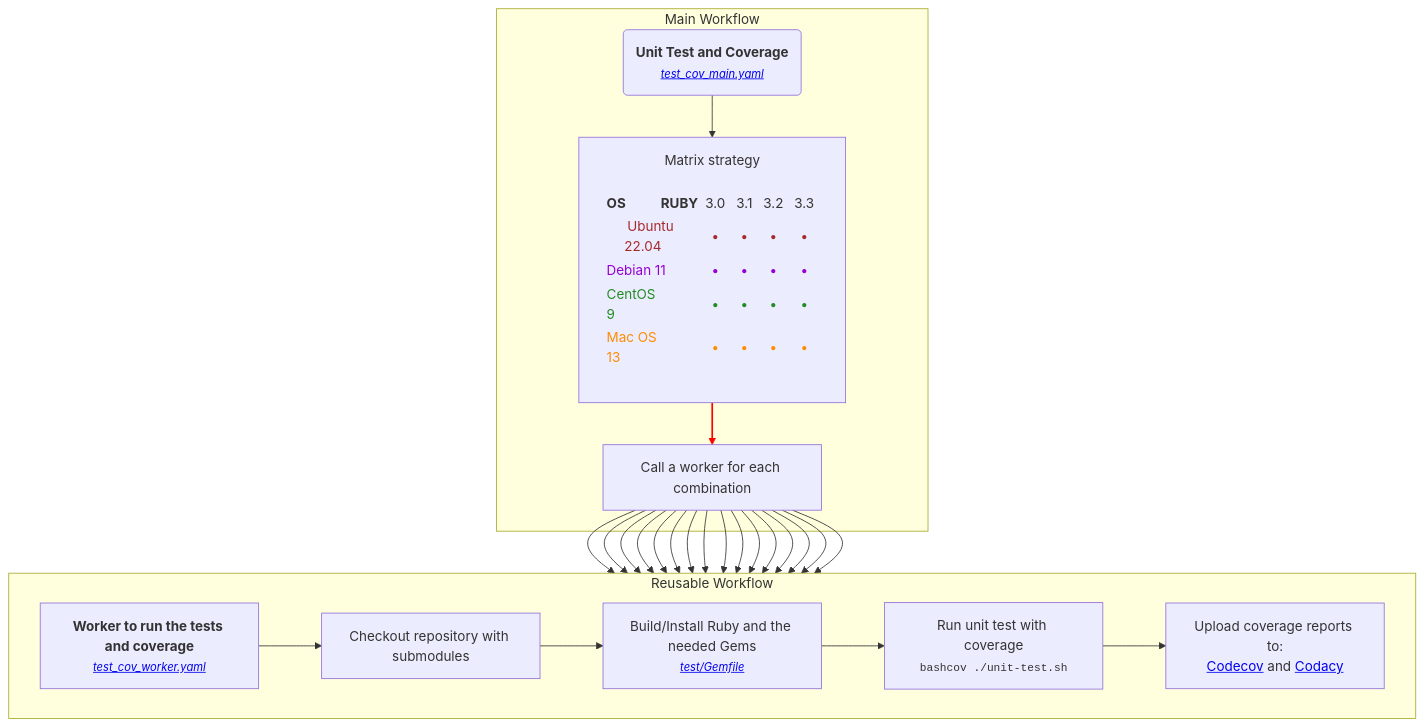
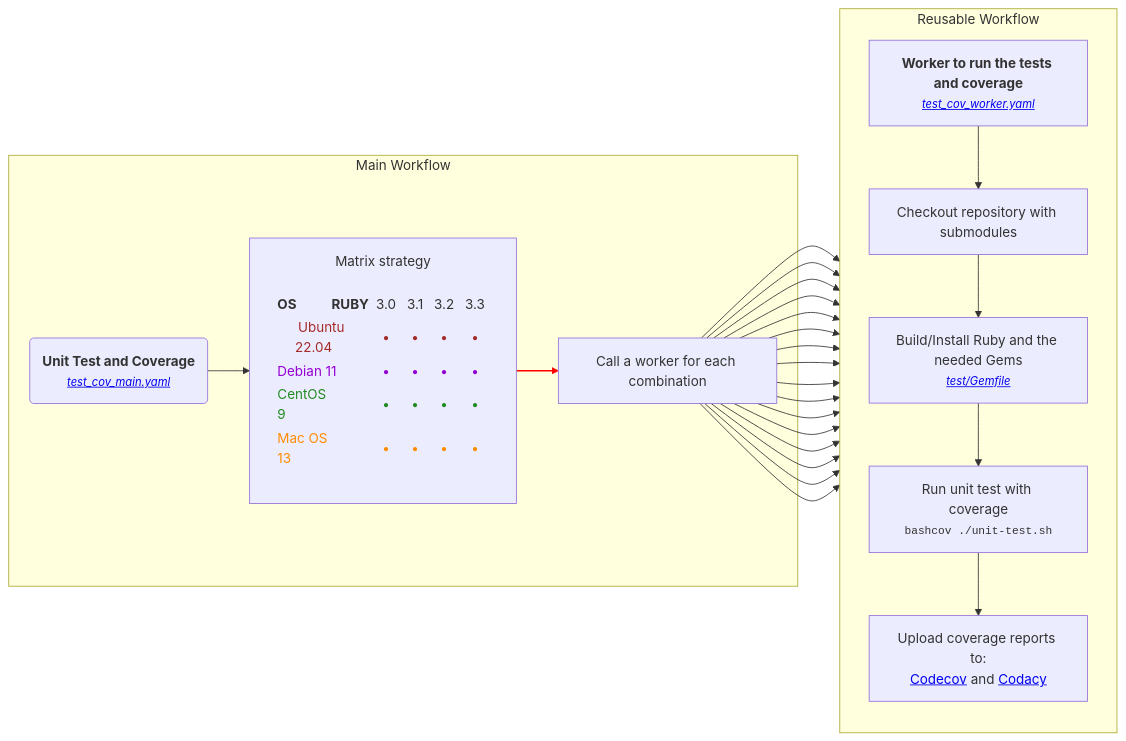
One commit to jmrplens/Cloudflare-DNS-Updater changed the diagram in README.md. Above: the diagram before and after it, drawn with Mermaid.

````diff
--- a/README.md
+++ b/README.md
@@ -354,45 +354,45 @@
 ```mermaid
 %%{
   init: {
     "fontFamily": "monospace",
     "flowchart": {
       "htmlLabels": true
     },
     "sequence": {}
   }
 }%%
 
-flowchart TD
+flowchart LR
 subgraph WC[Main Workflow]
     A(<b>Unit Test and Coverage</b>\n <i><small><a href='https://github.com/jmrplens/DynDNS_Cloudflare_IPv4-6/blob/main/.github/workflows/test_cov_main.yaml'>test_cov_main.yaml</a></small></i>)
     A --> B[Matrix strategy\n\n<table><tr><td align='left'><b>OS&nbsp&nbsp&nbsp&nbsp&nbsp&nbsp&nbsp&nbsp&nbsp&nbsp&nbspRUBY</b></td><td>&nbsp3.0&nbsp</td><td style='background-color:'>&nbsp3.1&nbsp</td><td>&nbsp3.2&nbsp</td><td>&nbsp3.3&nbsp</td></tr><tr style='color:brown'><td>Ubuntu 22.04&nbsp&nbsp&nbsp&nbsp&nbsp</td><td>&#x2022</td><td>&#x2022</td><td>&#x2022</td><td>&#x2022</td></tr><tr style='color:darkviolet'><td align='left'>Debian 11&nbsp&nbsp&nbsp&nbsp&nbsp&nbsp&nbsp&nbsp</td><td>&#x2022</td><td>&#x2022</td><td>&#x2022</td><td>&#x2022</td></tr><tr style='color:forestgreen'><td align='left'>CentOS 9&nbsp&nbsp&nbsp&nbsp&nbsp&nbsp&nbsp&nbsp&nbsp</td><td>&#x2022</td><td>&#x2022</td><td>&#x2022</td><td>&#x2022</td></tr><tr style='color:darkorange'><td align='left'>Mac OS 13&nbsp&nbsp&nbsp&nbsp&nbsp&nbsp&nbsp&nbsp</td><td>&#x2022</td><td>&#x2022</td><td>&#x2022</td><td>&#x2022</td></tr></table>\n]
     B ==>C[Call a worker for each combination]
     linkStyle 1 stroke-width:2px,stroke:red;
 
 end
 
 C -->WU
 C -->WU
 C -->WU
 C -->WU
 C -->WU
 C -->WU
 C -->WU
 C -->WU
 C -->WU
 C -->WU
 C -->WU
 C -->WU
 C -->WU
 C -->WU
 C -->WU
 C -->WU
 
 subgraph WU[Reusable Workflow]
     D[<b>Worker to run the tests and coverage</b>\n<i><small><a href='https://github.com/jmrplens/DynDNS_Cloudflare_IPv4-6/blob/main/.github/workflows/test_cov_worker.yaml'>test_cov_worker.yaml</a></small></i>]
     D --> E[Checkout repository with submodules]
     E --> F[Build/Install Ruby and the needed Gems\n<i><small><a href='https://github.com/jmrplens/DynDNS_Cloudflare_IPv4-6/blob/main/test/Gemfile'>test/Gemfile</a></small></i>]
     F --> G[Run unit test with coverage\n<small><code>bashcov ./unit-test.sh</code></small>]
     G --> H[Upload coverage reports to:\n<a href='https://app.codecov.io/github/jmrplens/DynDNS_Cloudflare_IPv4-6'>Codecov</a> and <a href='https://app.codacy.com/gh/jmrplens/DynDNS_Cloudflare_IPv4-6/dashboard'>Codacy</a>]
 end
 ```
````
